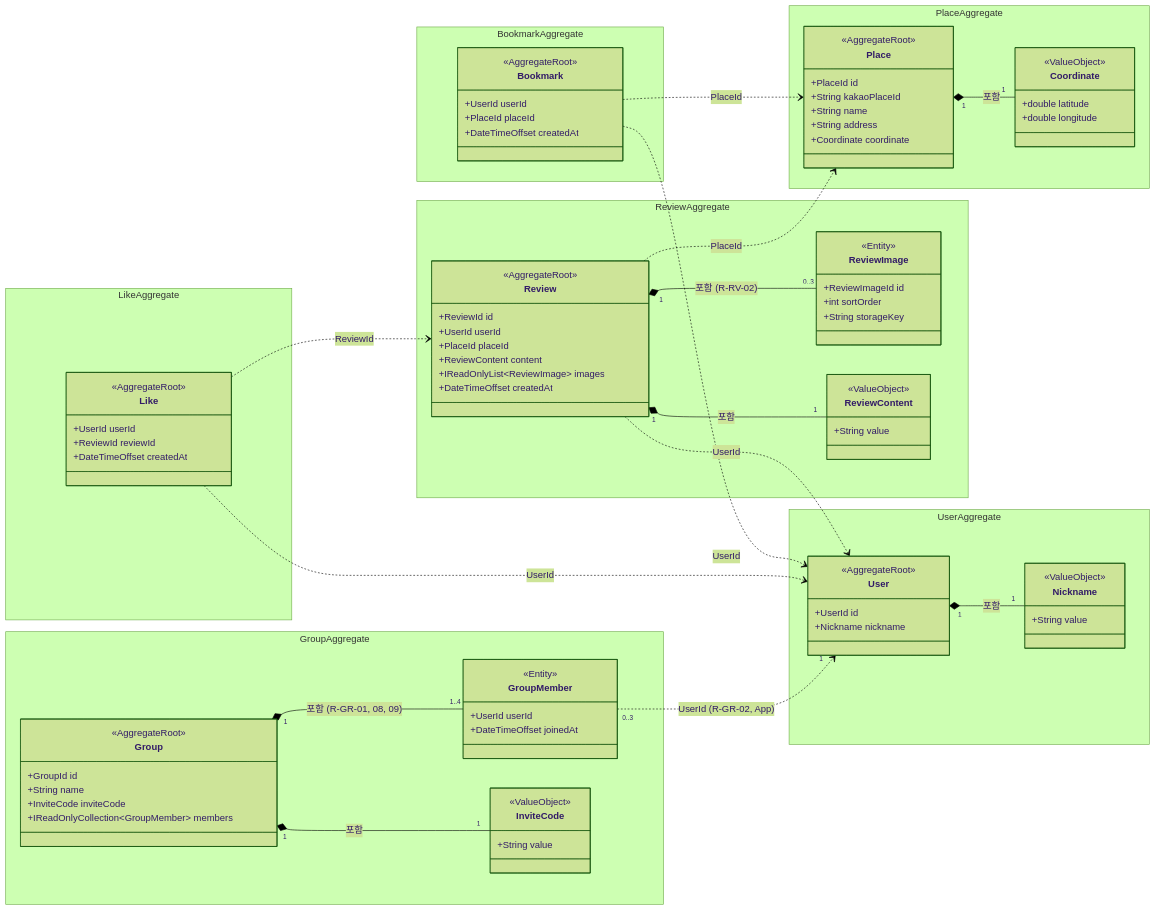
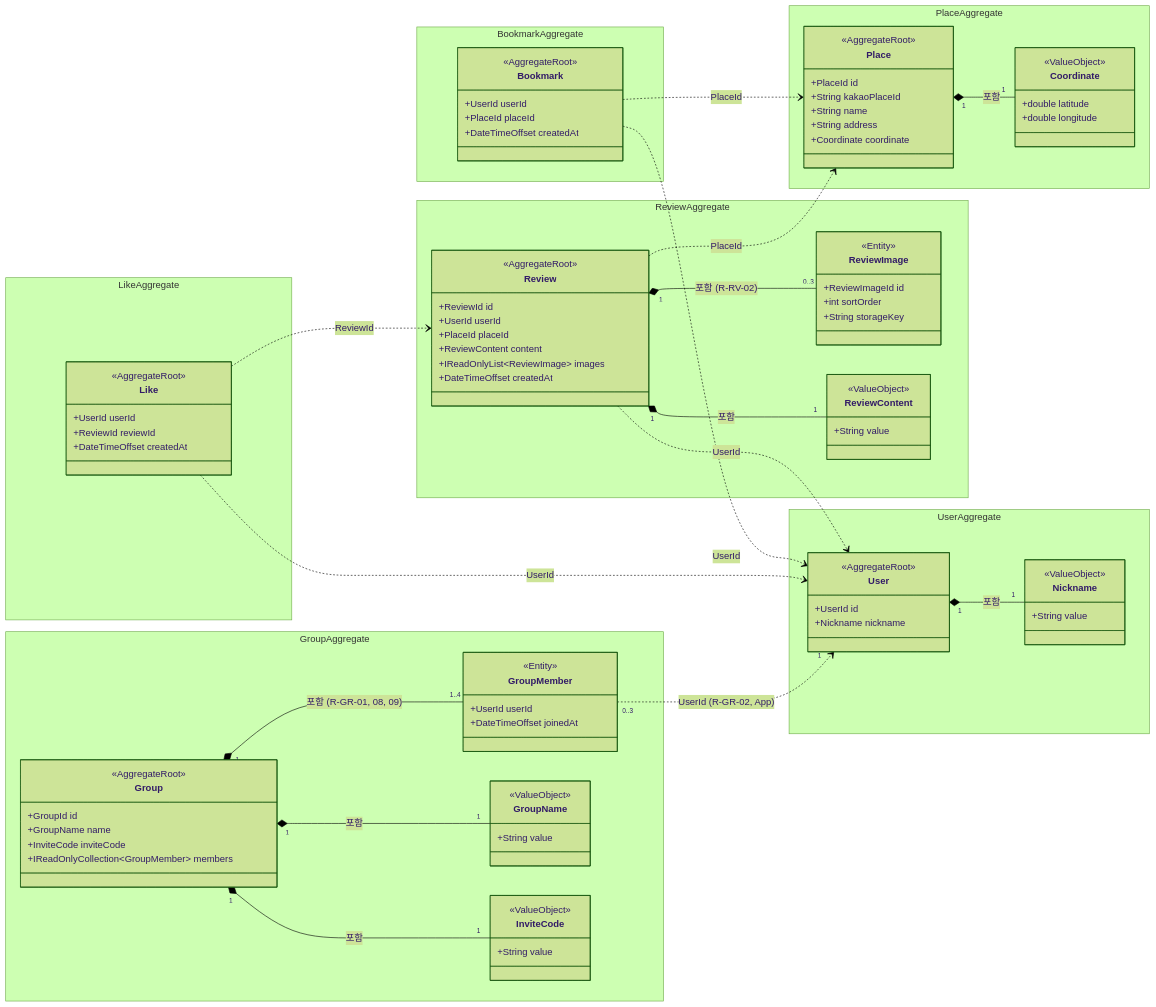
The diagram in docs/design/domain.md (kangdong527/nook_csharp), drawn with Mermaid (forest theme) before and after one commit. The commit also changed other lines of this file and 2 other files, not shown here.

Commit message:
docs(design): add group name rule R-GR-10 and group method decisions

```diff
--- a/docs/design/domain.md
+++ b/docs/design/domain.md
@@ -110,7 +111,7 @@
         class Group {
             <<AggregateRoot>>
             +GroupId id
-            +String name
+            +GroupName name
             +InviteCode inviteCode
             +IReadOnlyCollection~GroupMember~ members
         }
@@ -118,6 +119,10 @@
             <<Entity>>
             +UserId userId
             +DateTimeOffset joinedAt
+        }
+        class GroupName {
+            <<ValueObject>>
+            +String value
         }
         class InviteCode {
             <<ValueObject>>
@@ -131,6 +136,7 @@
     Review "1" *-- "1" ReviewContent : 포함
     Review "1" *-- "0..3" ReviewImage : 포함 (R-RV-02)
     Group "1" *-- "1" InviteCode : 포함
+    Group "1" *-- "1" GroupName : 포함
     Group "1" *-- "1..4" GroupMember : 포함 (R-GR-01, 08, 09)
 
     %% 경계 밖: ID 참조
```
